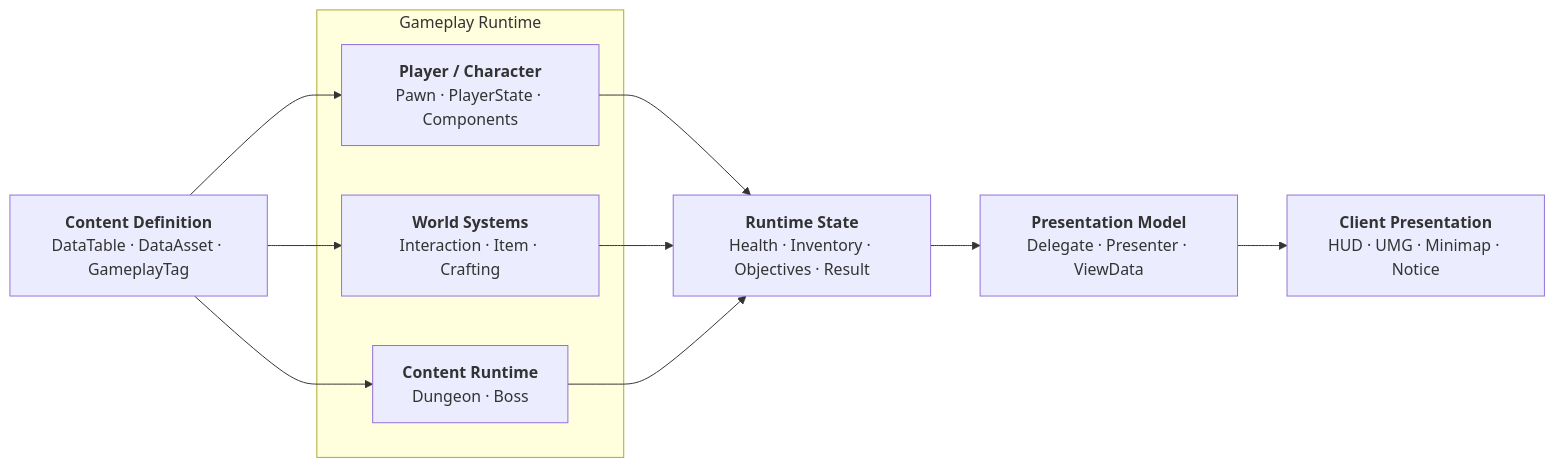
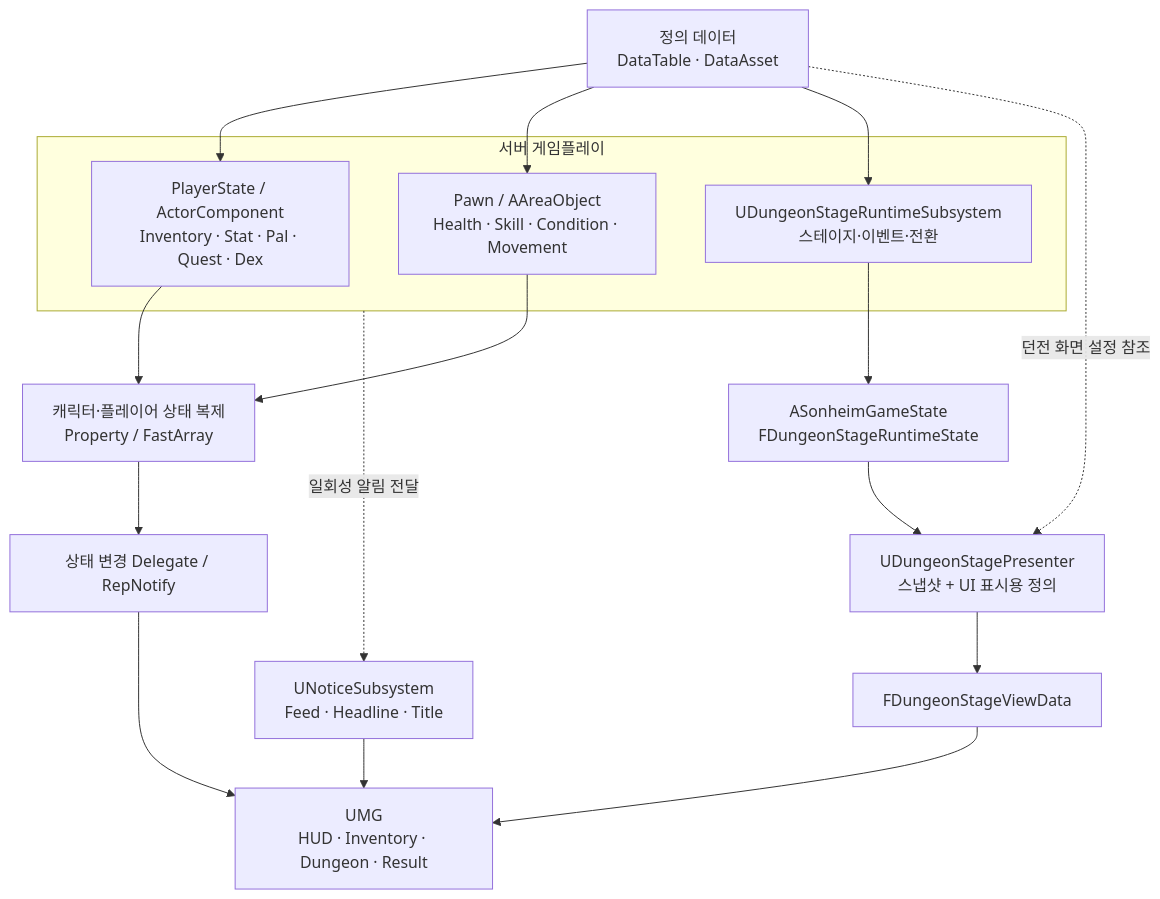
The first of 3 diagrams in Doc/Wiki/02_Gameplay_Architecture.md (chungheonLee0325/Sonheim), drawn with Mermaid before and after one commit. The commit also changed other lines of this file, not shown here.

Commit message:
docs: clarify Sonheim gameplay ownership and UI state flow

````diff
--- a/Doc/Wiki/02_Gameplay_Architecture.md
+++ b/Doc/Wiki/02_Gameplay_Architecture.md
@@ -27,25 +34,30 @@
-```mermaid
-flowchart LR
-    DATA["<b>Content Definition</b><br/>DataTable · DataAsset · GameplayTag"]
+~~~mermaid
+flowchart TB
+    DEF["정의 데이터<br/>DataTable · DataAsset"]
 
-    subgraph GAMEPLAY["Gameplay Runtime"]
-        PLAYER["<b>Player / Character</b><br/>Pawn · PlayerState · Components"]
-        WORLD["<b>World Systems</b><br/>Interaction · Item · Crafting"]
-        CONTENT["<b>Content Runtime</b><br/>Dungeon · Boss"]
+    subgraph GAMEPLAY["서버 게임플레이"]
+        PLAYER["PlayerState / ActorComponent<br/>Inventory · Stat · Pal · Quest · Dex"]
+        PAWN["Pawn / AAreaObject<br/>Health · Skill · Condition · Movement"]
+        DUNGEON["UDungeonStageRuntimeSubsystem<br/>스테이지·이벤트·전환"]
     end
 
-    STATE["<b>Runtime State</b><br/>Health · Inventory · Objectives · Result"]
-    VIEW["<b>Presentation Model</b><br/>Delegate · Presenter · ViewData"]
-    UI["<b>Client Presentation</b><br/>HUD · UMG · Minimap · Notice"]
+    REP["캐릭터·플레이어 상태 복제<br/>Property / FastArray"]
+    GAMESTATE["ASonheimGameState<br/>FDungeonStageRuntimeState"]
+    PRESENT["UDungeonStagePresenter<br/>스냅샷 + UI 표시용 정의"]
+    EVENT["상태 변경 Delegate / RepNotify"]
+    VIEW["FDungeonStageViewData"]
+    UI["UMG<br/>HUD · Inventory · Dungeon · Result"]
+    NOTICE["UNoticeSubsystem<br/>Feed · Headline · Title"]
 
-    DATA --> PLAYER
-    DATA --> WORLD
-    DATA --> CONTENT
-
-    PLAYER --> STATE
-    WORLD --> STATE
-    CONTENT --> STATE
-
-    STATE --> VIEW
-    VIEW --> UI
-```
+    DEF --> PLAYER
+    DEF --> PAWN
+    DEF --> DUNGEON
+    PLAYER --> REP
+    PAWN --> REP
+    DUNGEON --> GAMESTATE
+    REP --> EVENT --> UI
+    GAMESTATE --> PRESENT --> VIEW --> UI
+    DEF -. "던전 화면 설정 참조" .-> PRESENT
+    GAMEPLAY -. "일회성 알림 전달" .-> NOTICE
+    NOTICE --> UI
+~~~
````
